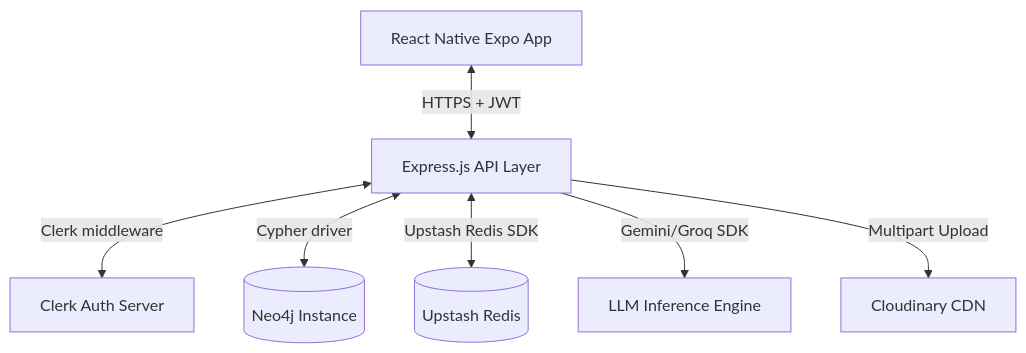
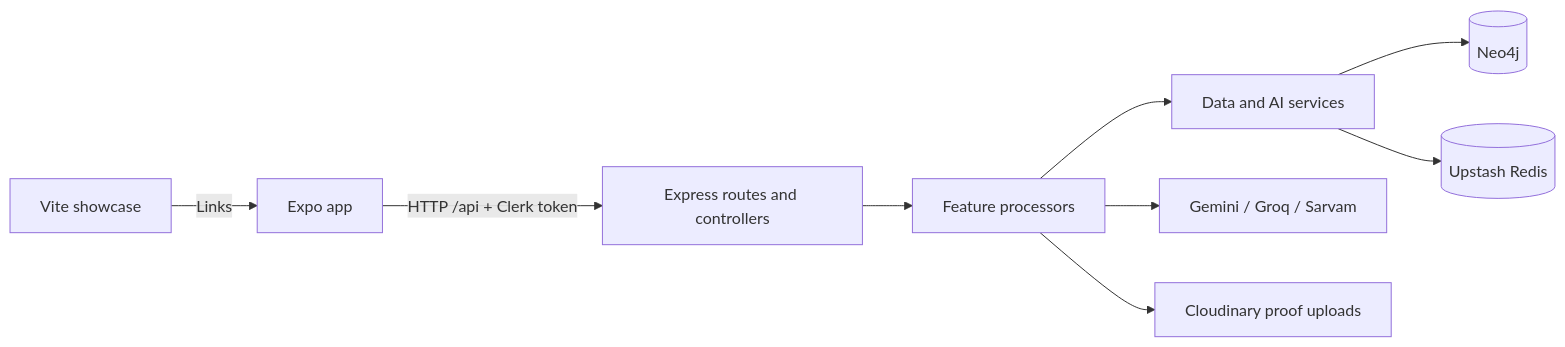
One commit to mithulcrafts/PathFinder changed the diagram in docs/architecture.md. Above: the diagram before and after it, drawn with Mermaid. The commit also changed other lines of this file and 90 other files, not shown here.

Commit message:
refactor: clean project structure and improve journey sharing and graphs

````diff
--- a/docs/architecture.md
+++ b/docs/architecture.md
@@ -11,9 +15,11 @@
 ```mermaid
-flowchart TB
-    Client[React Native Expo App] <-->|HTTPS + JWT| API[Express.js API Layer]
-    API <-->|Clerk middleware| Clerk[Clerk Auth Server]
-    API <-->|Cypher driver| Neo4j[(Neo4j Instance)]
-    API <-->|Upstash Redis SDK| Redis[(Upstash Redis)]
-    API -->|Gemini/Groq SDK| LLM[LLM Inference Engine]
-    API -->|Multipart Upload| Cloudinary[Cloudinary CDN]
+flowchart LR
+  Expo[Expo app] -->|HTTP /api + Clerk token| API[Express routes and controllers]
+  Site[Vite showcase] -->|Links| Expo
+  API --> Processors[Feature processors]
+  Processors --> Services[Data and AI services]
+  Services --> Neo4j[(Neo4j)]
+  Services --> Redis[(Upstash Redis)]
+  Processors --> Providers[Gemini / Groq / Sarvam]
+  Processors --> Cloudinary[Cloudinary proof uploads]
 ```
````
